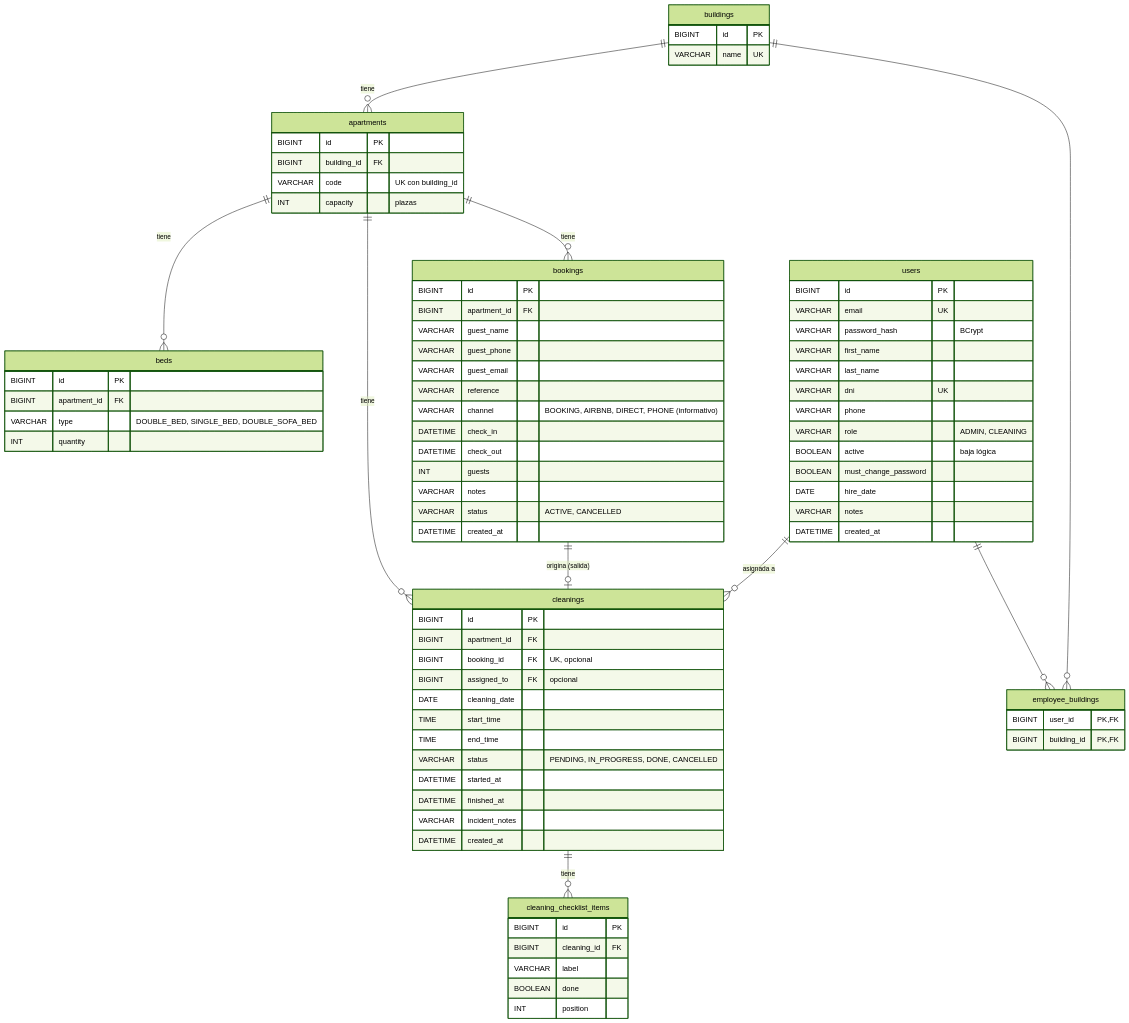
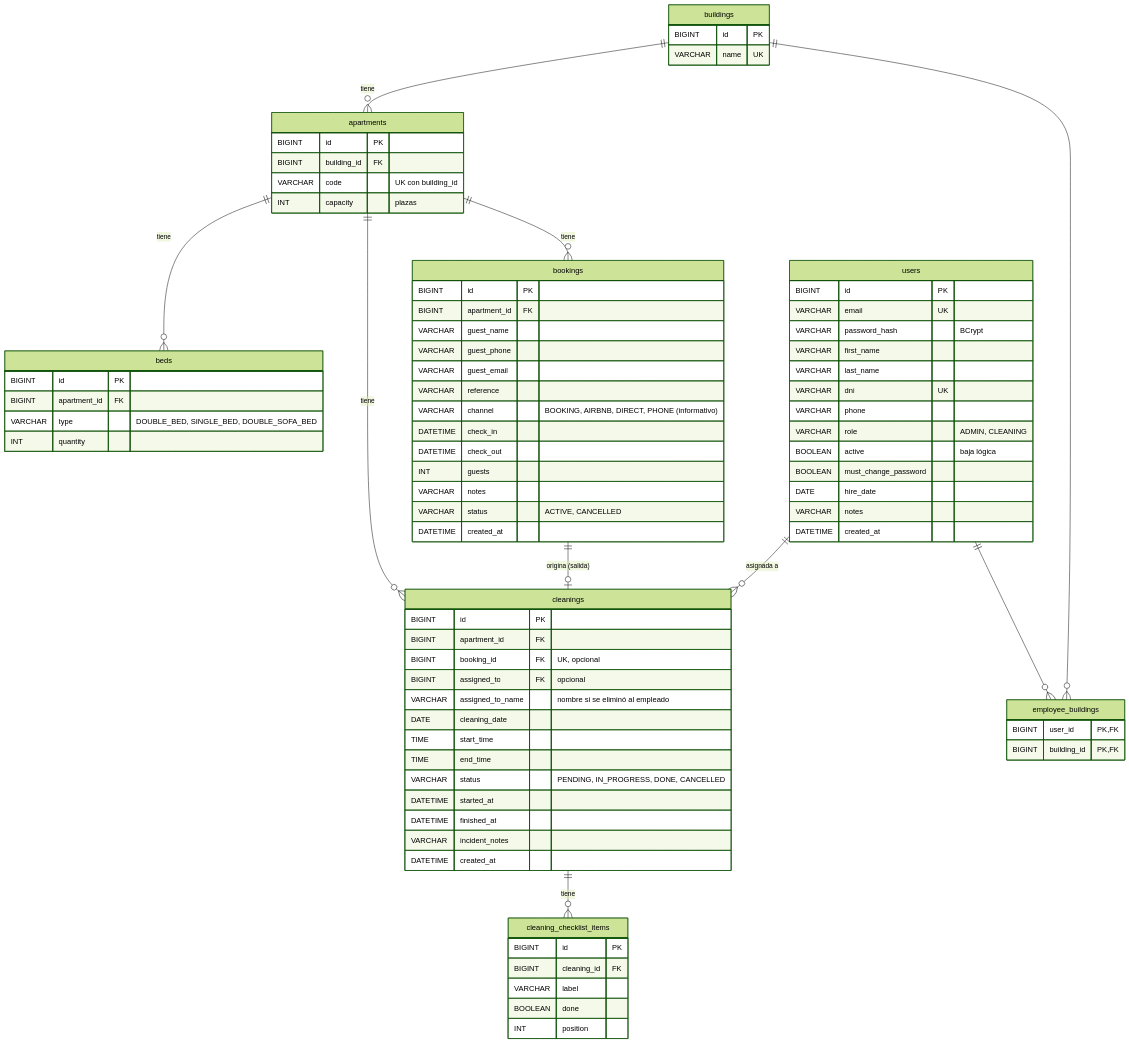
The diagram in docs/modelo-datos.md (ikerardi-dev/hotel-host-project-backend), drawn with Mermaid (forest theme) before and after one commit. The commit also changed 15 other files, not shown here.

```diff
--- a/docs/modelo-datos.md
+++ b/docs/modelo-datos.md
@@ -69,6 +69,7 @@
         BIGINT apartment_id FK
         BIGINT booking_id FK "UK, opcional"
         BIGINT assigned_to FK "opcional"
+        VARCHAR assigned_to_name "nombre si se eliminó al empleado"
         DATE cleaning_date
         TIME start_time
         TIME end_time
```
